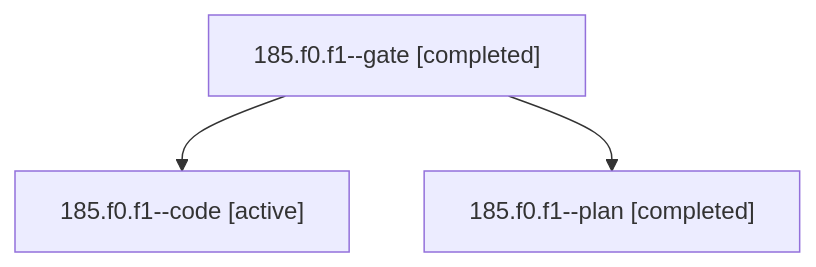
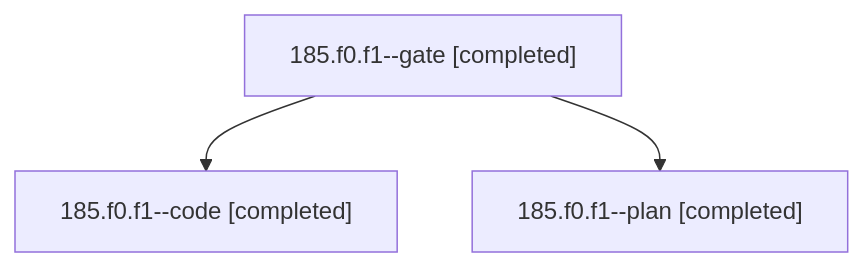
One commit to bobs-org/bob-cli--agents changed the diagram in sessions/bbugyi200.athena.185.f0.f1.md. Above: the diagram before and after it, drawn with Mermaid. The commit also changed other lines of this file and 30 other files, not shown here.

````diff
--- a/sessions/bbugyi200.athena.185.f0.f1.md
+++ b/sessions/bbugyi200.athena.185.f0.f1.md
@@ -9,8 +9,8 @@
 ```mermaid
 flowchart TD
   n0["185.f0.f1--gate [completed]"]
-  n1["185.f0.f1--code [active]"]
+  n1["185.f0.f1--code [completed]"]
   n0 --> n1
   n2["185.f0.f1--plan [completed]"]
   n0 --> n2
 ```
````
